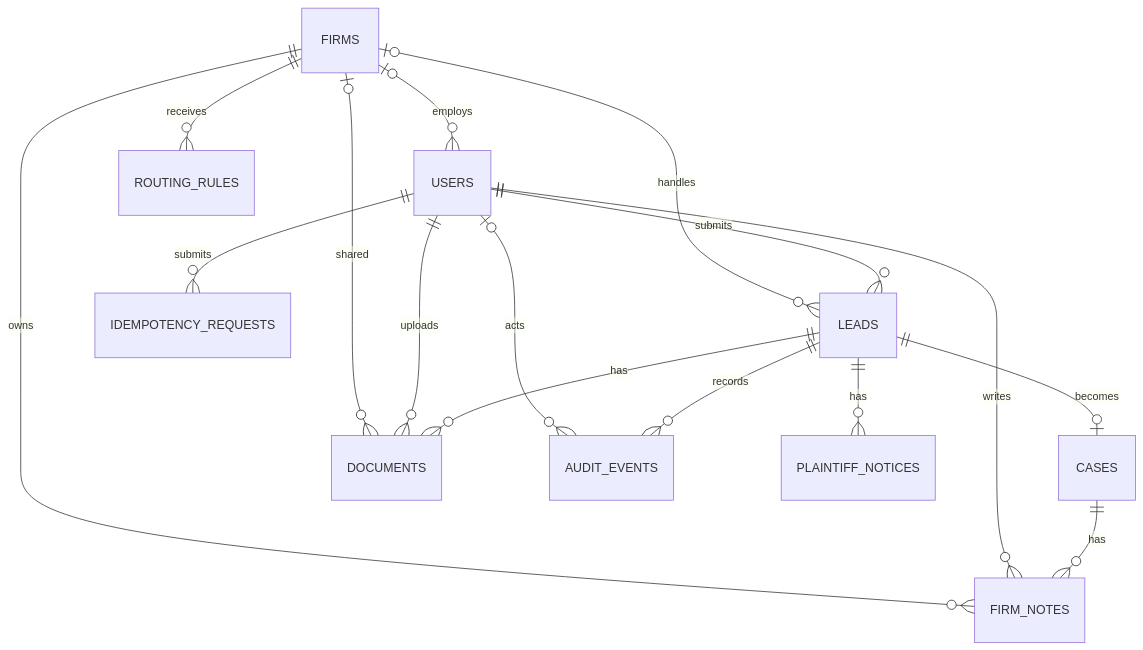
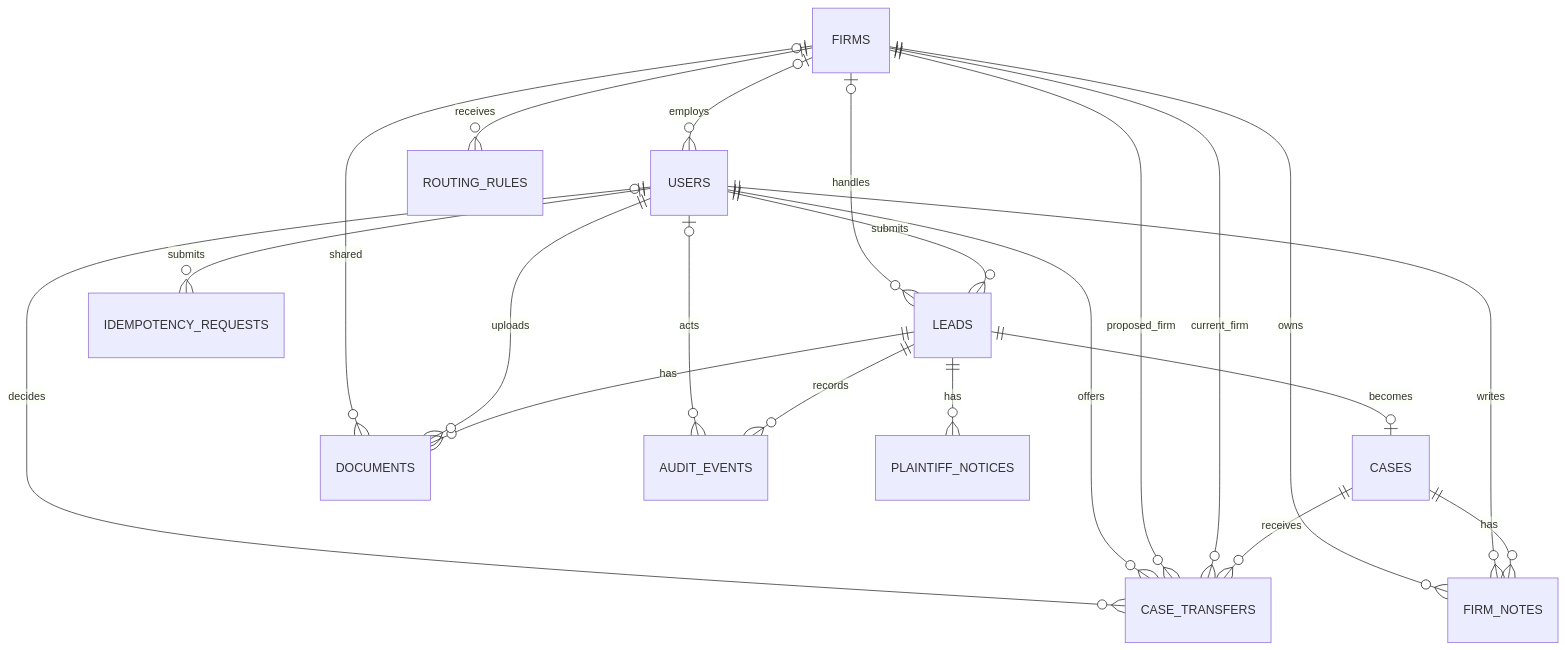
One commit to sxnnywu/grand-charter changed the diagram in docs/data-model.md. Above: the diagram before and after it, drawn with Mermaid. The commit also changed other lines of this file and 28 other files, not shown here.

Commit message:
Add reviewed case transfers and flexible matter navigation

````diff
--- a/docs/data-model.md
+++ b/docs/data-model.md
@@ -5,18 +5,23 @@
 ```mermaid
 erDiagram
     FIRMS o|--o{ USERS : employs
     USERS ||--o{ LEADS : submits
     FIRMS o|--o{ LEADS : handles
     LEADS ||--o| CASES : becomes
     LEADS ||--o{ DOCUMENTS : has
     USERS ||--o{ DOCUMENTS : uploads
     FIRMS o|--o{ DOCUMENTS : shared
+    CASES ||--o{ CASE_TRANSFERS : receives
+    FIRMS ||--o{ CASE_TRANSFERS : current_firm
+    FIRMS ||--o{ CASE_TRANSFERS : proposed_firm
+    USERS ||--o{ CASE_TRANSFERS : offers
+    USERS o|--o{ CASE_TRANSFERS : decides
     CASES ||--o{ FIRM_NOTES : has
     USERS ||--o{ FIRM_NOTES : writes
     FIRMS ||--o{ FIRM_NOTES : owns
     FIRMS ||--o{ ROUTING_RULES : receives
     LEADS ||--o{ AUDIT_EVENTS : records
     USERS o|--o{ AUDIT_EVENTS : acts
     LEADS ||--o{ PLAINTIFF_NOTICES : has
     USERS ||--o{ IDEMPOTENCY_REQUESTS : submits
 ```
````
